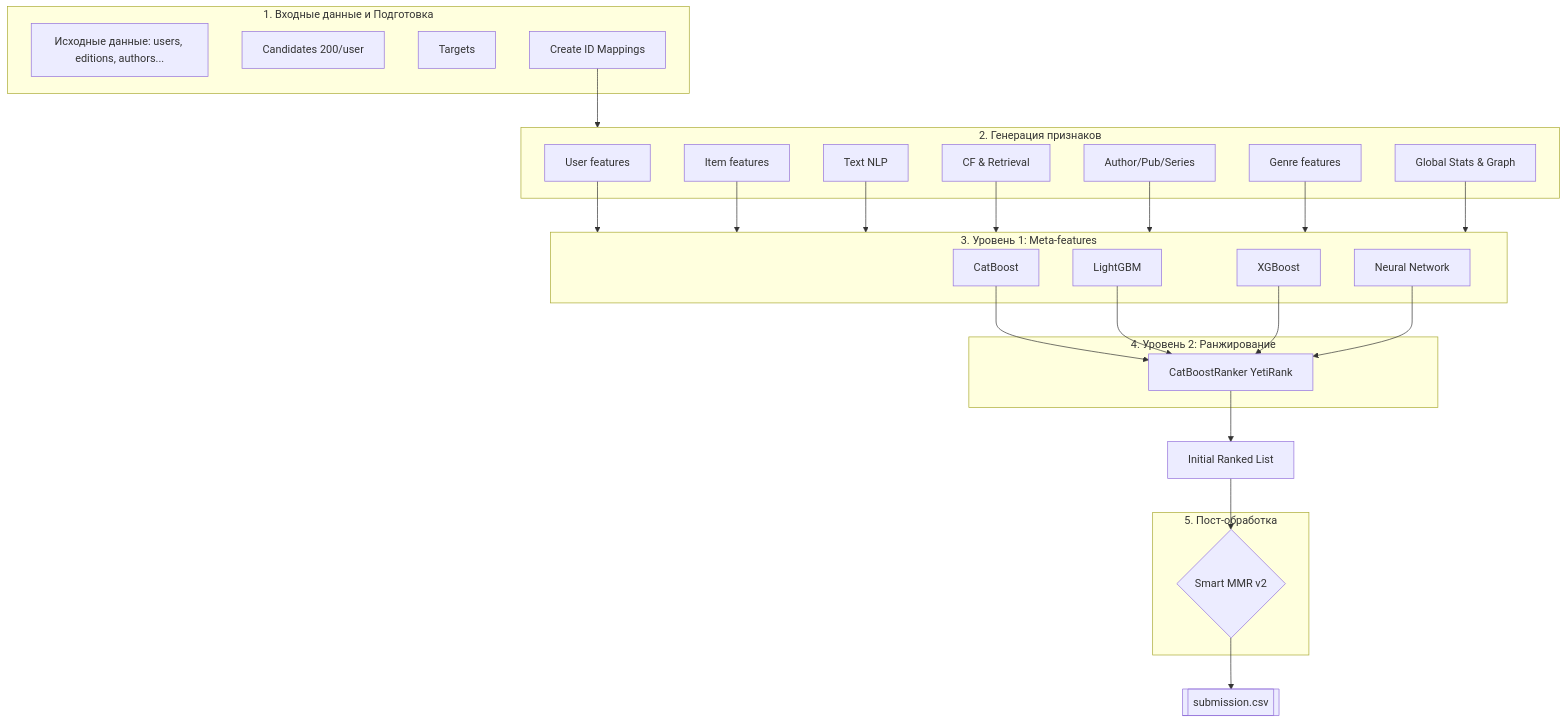
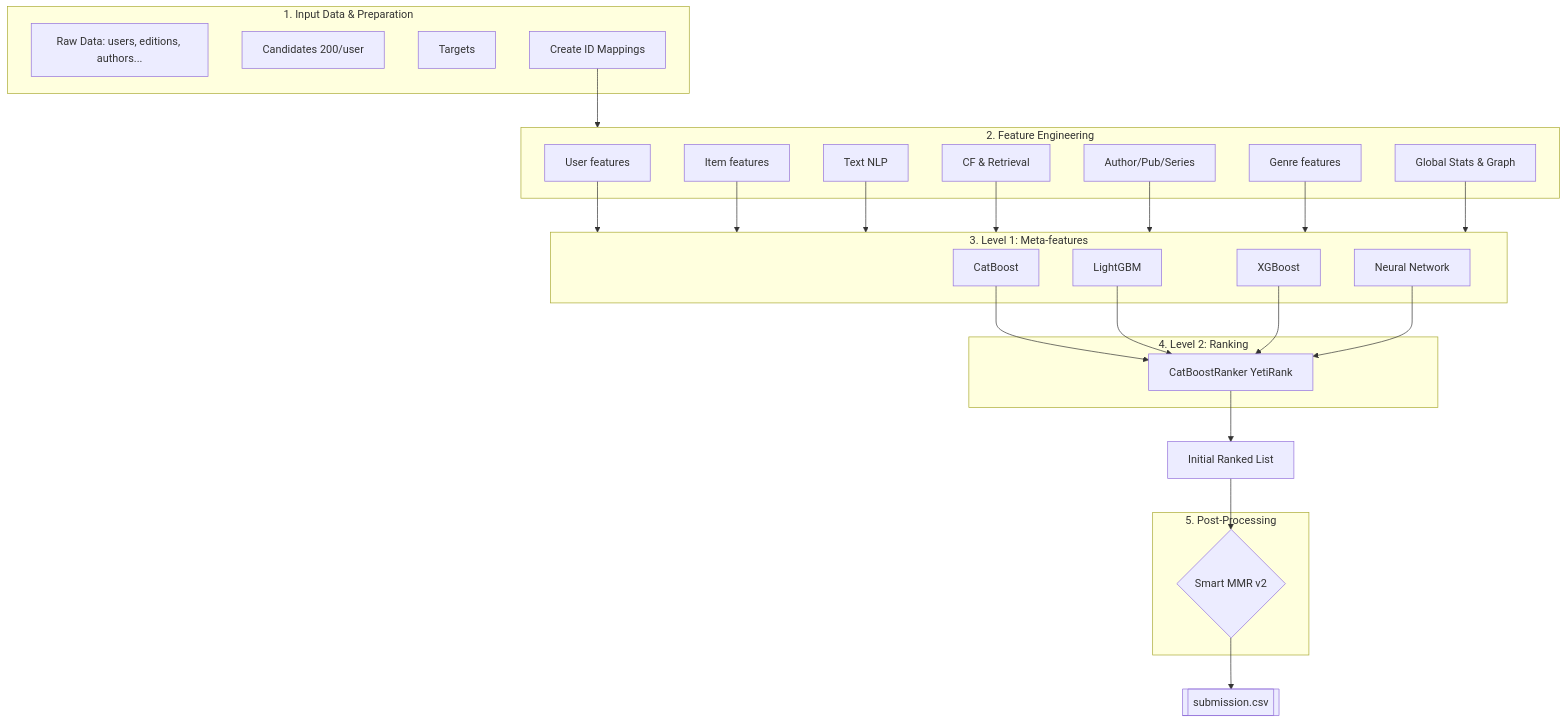
Before and after one commit to AndHunter/by-pages-hackathon-solution: the diagram in README.md, drawn with Mermaid.

````diff
--- a/README.md
+++ b/README.md
@@ -55,59 +55,59 @@
 ```mermaid
 graph TD
 %% 1. Input Data & Preparation
-subgraph Input_Data [1. Входные данные и Подготовка]
-DF_Raw[Исходные данные: users, editions, authors...]
+subgraph Input_Data [1. Input Data & Preparation]
+DF_Raw[Raw Data: users, editions, authors...]
 Cand[Candidates 200/user]
 Targ[Targets]
 Mapp[Create ID Mappings]
 end
 
 Mapp --> Feat_Gen
 
 %% 2. Feature Engineering
-subgraph Feat_Gen [2. Генерация признаков]
+subgraph Feat_Gen [2. Feature Engineering]
     FE_User[User features]
     FE_Item[Item features]
     FE_Text[Text NLP]
     FE_CF[CF & Retrieval]
     FE_Auth[Author/Pub/Series]
     FE_Genre[Genre features]
     FE_Global[Global Stats & Graph]
 end
 
 FE_User --> Stacking_L1
 FE_Item --> Stacking_L1
 FE_Text --> Stacking_L1
 FE_CF --> Stacking_L1
 FE_Auth --> Stacking_L1
 FE_Genre --> Stacking_L1
 FE_Global --> Stacking_L1
 
 %% 3. Stacking Level 1
-subgraph Stacking_L1 [3. Уровень 1: Meta-features]
+subgraph Stacking_L1 [3. Level 1: Meta-features]
     CB[CatBoost]
     LGB[LightGBM]
     XGB[XGBoost]
     NN[Neural Network]
 end
 
 CB --> Final_Ranker
 LGB --> Final_Ranker
 XGB --> Final_Ranker
 NN --> Final_Ranker
 
 %% 4. Stacking Level 2 & Final Ranking
-subgraph Stacking_L2 [4. Уровень 2: Ранжирование]
+subgraph Stacking_L2 [4. Level 2: Ranking]
     Final_Ranker[CatBoostRanker YetiRank]
 end
 
 Final_Ranker --> Raw_Ranks[Initial Ranked List]
 
 %% 5. Post-Processing
-subgraph Post_Processing [5. Пост-обработка]
+subgraph Post_Processing [5. Post-Processing]
     MMR_Rerank{Smart MMR v2}
 end
 
 Raw_Ranks --> MMR_Rerank
 MMR_Rerank --> Final_Output[[submission.csv]]
 ```
````
